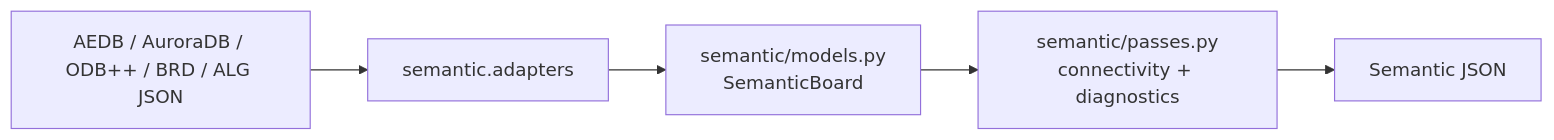
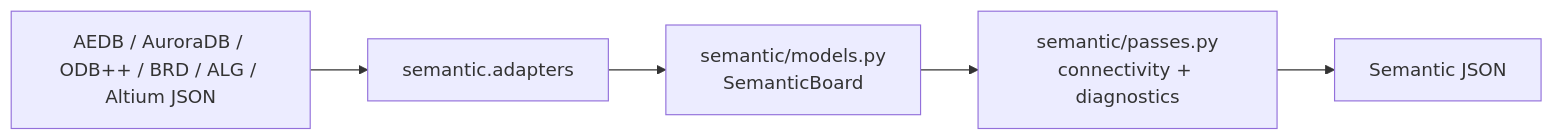
Before and after one commit to HaiwenZhang/ZenPCBParser: the eighth of 16 diagrams in docs/architecture.md, drawn with Mermaid. The commit also changed other lines of this file and 45 other files, not shown here.

Commit message:
feat: add Altium parser and fix BRD pad geometry

````diff
--- a/docs/architecture.md
+++ b/docs/architecture.md
@@ -233,10 +252,10 @@
 ```mermaid
 flowchart LR
-    source["AEDB / AuroraDB / ODB++ / BRD / ALG JSON"]
+    source["AEDB / AuroraDB / ODB++ / BRD / ALG / Altium JSON"]
     adapter["semantic.adapters"]
     model["semantic/models.py<br/>SemanticBoard"]
     pass["semantic/passes.py<br/>connectivity + diagnostics"]
     json["Semantic JSON"]
 
     source --> adapter --> model --> pass --> json
 ```
````
